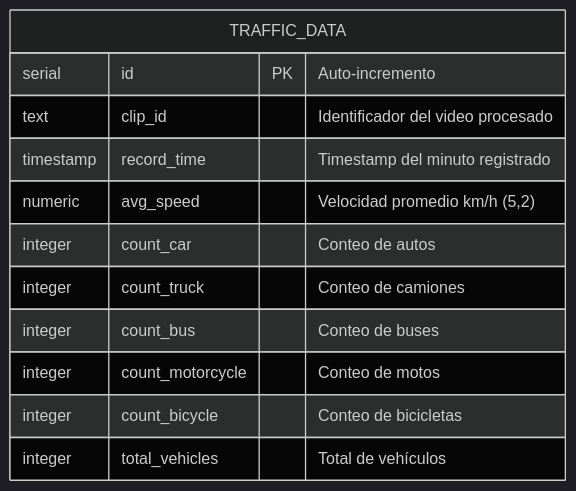
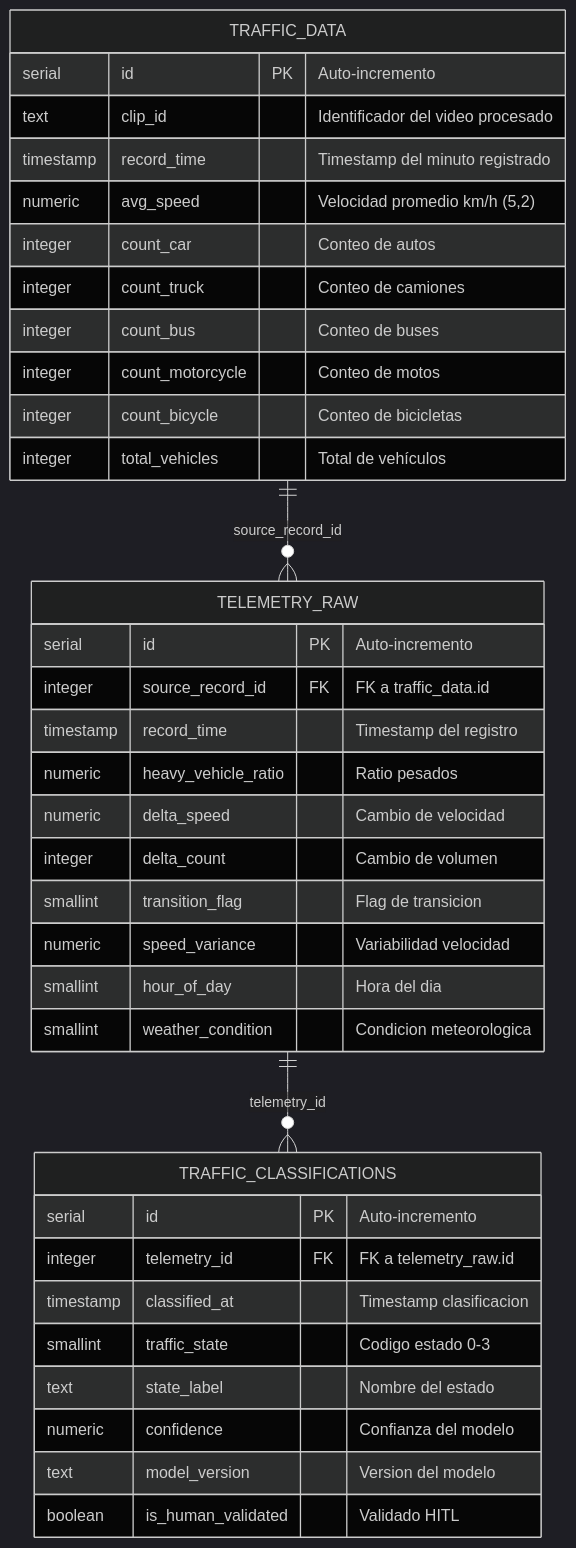
Before and after one commit to aka-titesen/vaaet: the diagram in Docs/diagrams/erd.md, drawn with Mermaid (dark theme). The commit also changed other lines of this file and 17 other files, not shown here.

````diff
--- a/Docs/diagrams/erd.md
+++ b/Docs/diagrams/erd.md
@@ -8,15 +10,42 @@
 ```mermaid
 erDiagram
     TRAFFIC_DATA {
         serial id PK "Auto-incremento"
         text clip_id "Identificador del video procesado"
         timestamp record_time "Timestamp del minuto registrado"
         numeric avg_speed "Velocidad promedio km/h (5,2)"
         integer count_car "Conteo de autos"
         integer count_truck "Conteo de camiones"
         integer count_bus "Conteo de buses"
         integer count_motorcycle "Conteo de motos"
         integer count_bicycle "Conteo de bicicletas"
         integer total_vehicles "Total de vehículos"
     }
+
+    TELEMETRY_RAW {
+        serial id PK "Auto-incremento"
+        integer source_record_id FK "FK a traffic_data.id"
+        timestamp record_time "Timestamp del registro"
+        numeric heavy_vehicle_ratio "Ratio pesados"
+        numeric delta_speed "Cambio de velocidad"
+        integer delta_count "Cambio de volumen"
+        smallint transition_flag "Flag de transicion"
+        numeric speed_variance "Variabilidad velocidad"
+        smallint hour_of_day "Hora del dia"
+        smallint weather_condition "Condicion meteorologica"
+    }
+
+    TRAFFIC_CLASSIFICATIONS {
+        serial id PK "Auto-incremento"
+        integer telemetry_id FK "FK a telemetry_raw.id"
+        timestamp classified_at "Timestamp clasificacion"
+        smallint traffic_state "Codigo estado 0-3"
+        text state_label "Nombre del estado"
+        numeric confidence "Confianza del modelo"
+        text model_version "Version del modelo"
+        boolean is_human_validated "Validado HITL"
+    }
+
+    TRAFFIC_DATA ||--o{ TELEMETRY_RAW : "source_record_id"
+    TELEMETRY_RAW ||--o{ TRAFFIC_CLASSIFICATIONS : "telemetry_id"
 ```
````
